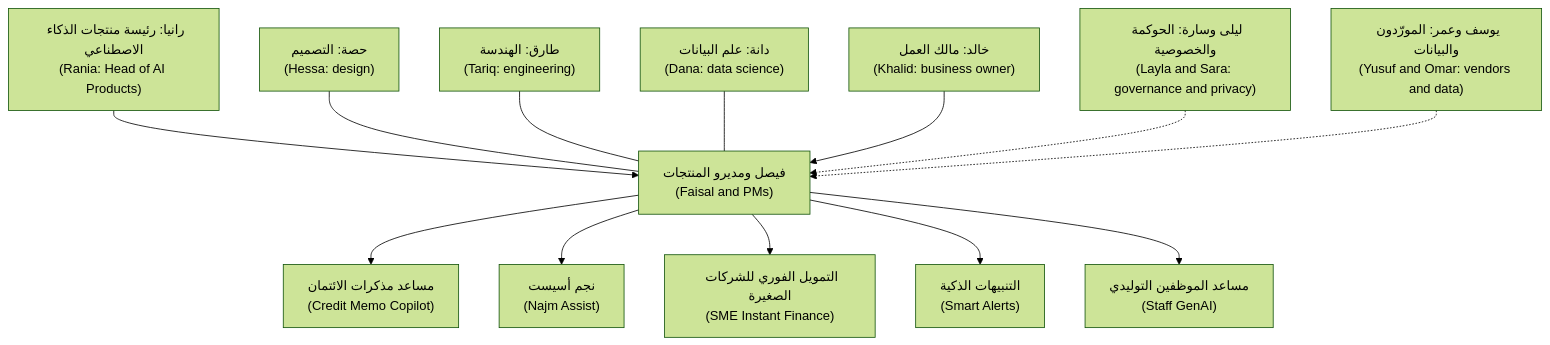
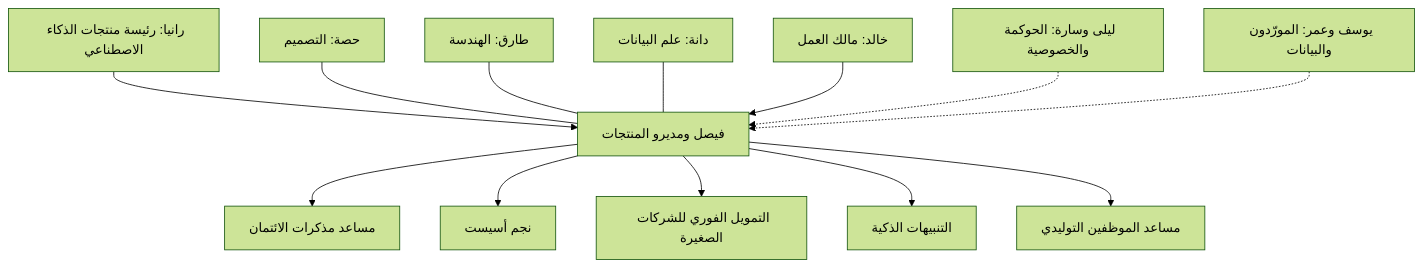
The third of 3 diagrams in aipm/modules/00-orientation.ar.md (Tamoura/system-design-for-vibe-coders), drawn with Mermaid (forest theme) before and after one commit. The commit also changed other lines of this file and 551 other files, not shown here.

````diff
--- a/aipm/modules/00-orientation.ar.md
+++ b/aipm/modules/00-orientation.ar.md
@@ -537,15 +557,15 @@
 ```mermaid
 flowchart TD
-    R["رانيا: رئيسة منتجات الذكاء الاصطناعي<br/>(Rania: Head of AI Products)"] --> F["فيصل ومديرو المنتجات<br/>(Faisal and PMs)"]
-    F --> CMC["مساعد مذكرات الائتمان<br/>(Credit Memo Copilot)"]
-    F --> NA["نجم أسيست<br/>(Najm Assist)"]
-    F --> SIF["التمويل الفوري للشركات الصغيرة<br/>(SME Instant Finance)"]
-    F --> SA["التنبيهات الذكية<br/>(Smart Alerts)"]
-    F --> SG["مساعد الموظفين التوليدي<br/>(Staff GenAI)"]
-    H["حصة: التصميم<br/>(Hessa: design)"] --- F
-    T["طارق: الهندسة<br/>(Tariq: engineering)"] --- F
-    D["دانة: علم البيانات<br/>(Dana: data science)"] --- F
-    K["خالد: مالك العمل<br/>(Khalid: business owner)"] --> F
-    L["ليلى وسارة: الحوكمة والخصوصية<br/>(Layla and Sara: governance and privacy)"] -.-> F
-    Y["يوسف وعمر: المورّدون والبيانات<br/>(Yusuf and Omar: vendors and data)"] -.-> F
+    R["رانيا: رئيسة منتجات الذكاء الاصطناعي"] --> F["فيصل ومديرو المنتجات"]
+    F --> CMC["مساعد مذكرات الائتمان"]
+    F --> NA["نجم أسيست"]
+    F --> SIF["التمويل الفوري للشركات الصغيرة"]
+    F --> SA["التنبيهات الذكية"]
+    F --> SG["مساعد الموظفين التوليدي"]
+    H["حصة: التصميم"] --- F
+    T["طارق: الهندسة"] --- F
+    D["دانة: علم البيانات"] --- F
+    K["خالد: مالك العمل"] --> F
+    L["ليلى وسارة: الحوكمة والخصوصية"] -.-> F
+    Y["يوسف وعمر: المورّدون والبيانات"] -.-> F
 ```
````
